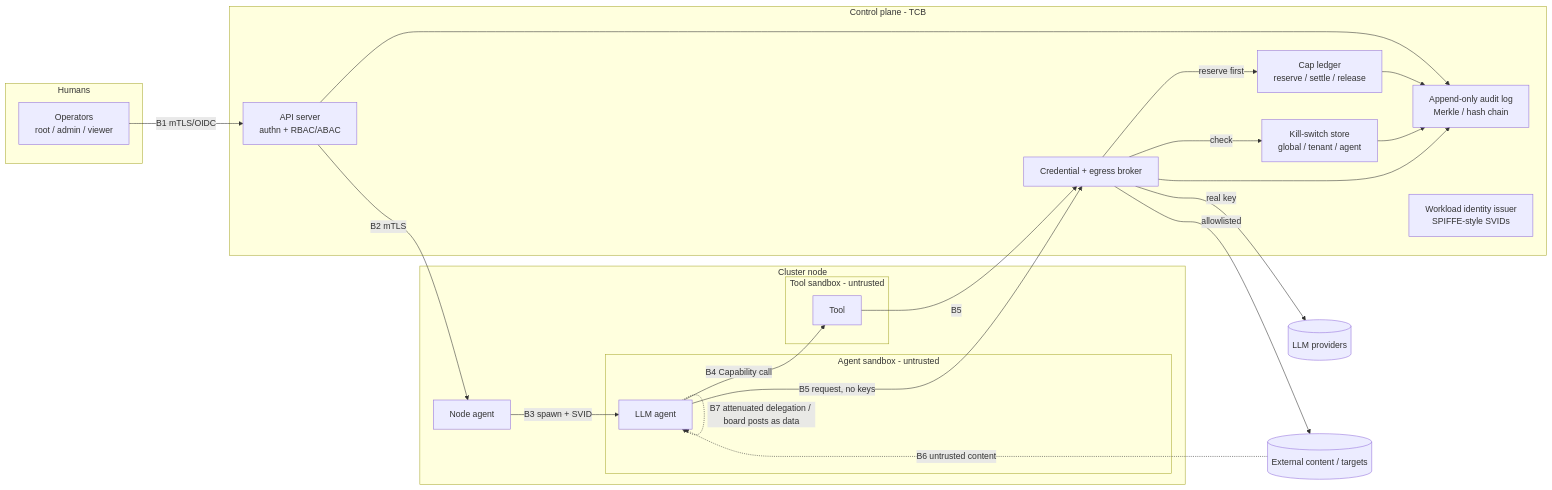
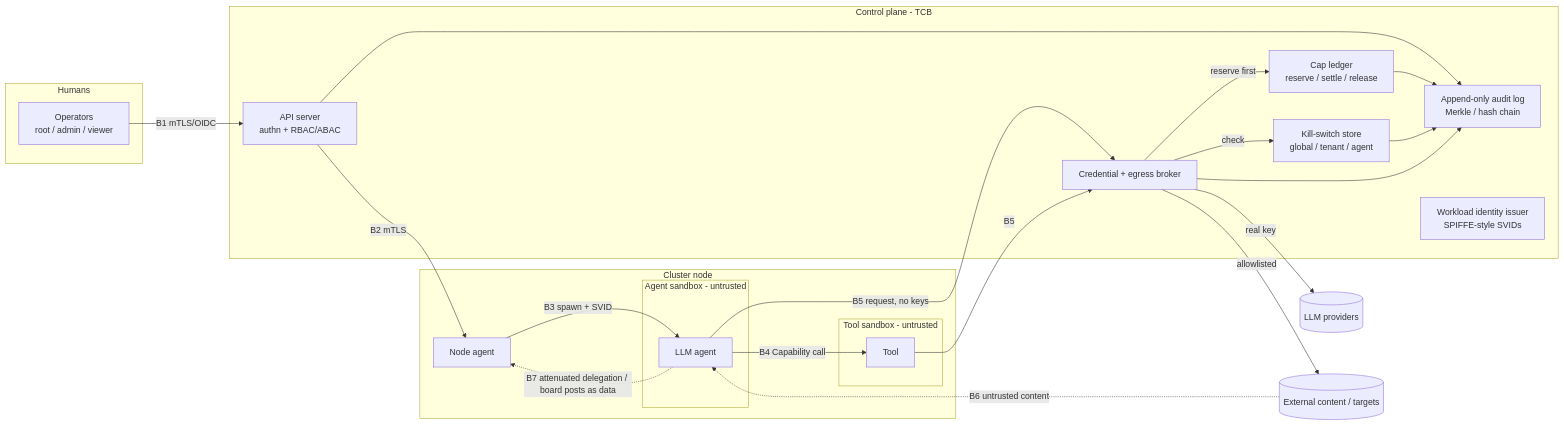
Before and after one commit to GuiBibeau/solos-swarm: the diagram in docs/TRD.md, drawn with Mermaid. The commit also changed other lines of this file, not shown here.

````diff
--- a/docs/TRD.md
+++ b/docs/TRD.md
@@ -485,39 +512,39 @@
 ```mermaid
 flowchart LR
   subgraph Humans
     OP[Operators<br/>root / admin / viewer]
   end
   subgraph CP[Control plane - TCB]
     API[API server<br/>authn + RBAC/ABAC]
     LED[Cap ledger<br/>reserve / settle / release]
     KS[Kill-switch store<br/>global / tenant / agent]
     BRK[Credential + egress broker]
     AUD[Append-only audit log<br/>Merkle / hash chain]
     ID[Workload identity issuer<br/>SPIFFE-style SVIDs]
   end
   subgraph Node[Cluster node]
     NA[Node agent]
     subgraph SB[Agent sandbox - untrusted]
       AG[LLM agent]
     end
     subgraph TS[Tool sandbox - untrusted]
       TL[Tool]
     end
   end
   PROV[(LLM providers)]
   EXT[(External content / targets)]
 
   OP -- B1 mTLS/OIDC --> API
   API -- B2 mTLS --> NA
   NA -- B3 spawn + SVID --> AG
   AG -- B4 Capability call --> TL
   AG -- B5 request, no keys --> BRK
   TL -- B5 --> BRK
   BRK -- reserve first --> LED
   BRK -- check --> KS
   BRK -- real key --> PROV
   BRK -- allowlisted --> EXT
   EXT -. B6 untrusted content .-> AG
-  AG -. B7 attenuated delegation / board posts as data .-> AG
+  AG -. B7 attenuated delegation / board posts as data .-> NA
   API & LED & KS & BRK --> AUD
 ```
````
